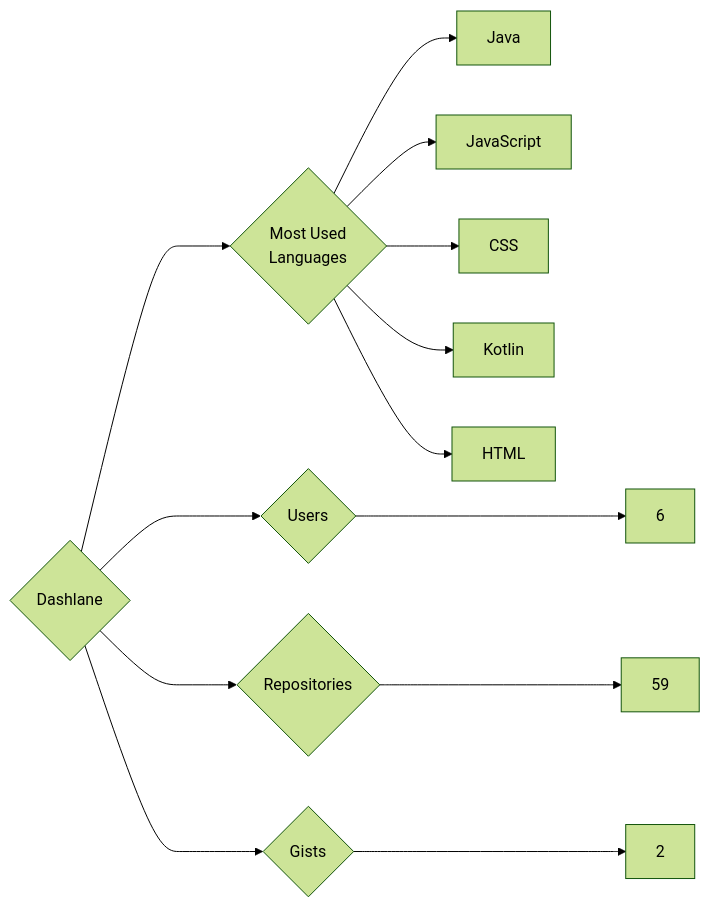
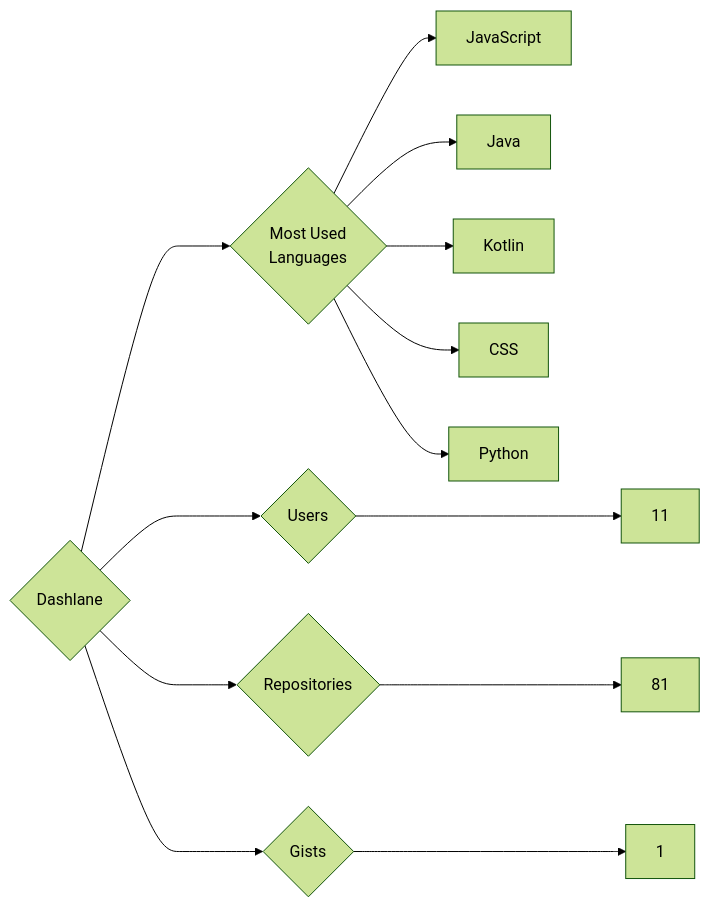
One commit to trickest/insiders changed the diagram in targets/Dashlane/README.md. Above: the diagram before and after it, drawn with Mermaid (forest theme). The commit also changed 938 other files, not shown here.

````diff
--- a/targets/Dashlane/README.md
+++ b/targets/Dashlane/README.md
@@ -3,13 +3,13 @@
 ```mermaid
 graph LR
 COMPANY_NAME{Dashlane}
-COMPANY_NAME ---> U{Users} ---> UN[6]
-COMPANY_NAME ---> R{Repositories} ---> RN[59]
-COMPANY_NAME ---> G{Gists} ---> GN[2]
+COMPANY_NAME ---> U{Users} ---> UN[11]
+COMPANY_NAME ---> R{Repositories} ---> RN[81]
+COMPANY_NAME ---> G{Gists} ---> GN[1]
 COMPANY_NAME ---> ML{Most Used<br>Languages}
+ML --> JavaScript[JavaScript]
 ML --> Java[Java]
-ML --> JavaScript[JavaScript]
+ML --> Kotlin[Kotlin]
 ML --> CSS[CSS]
-ML --> Kotlin[Kotlin]
-ML --> HTML[HTML]
+ML --> Python[Python]
 ```
````
